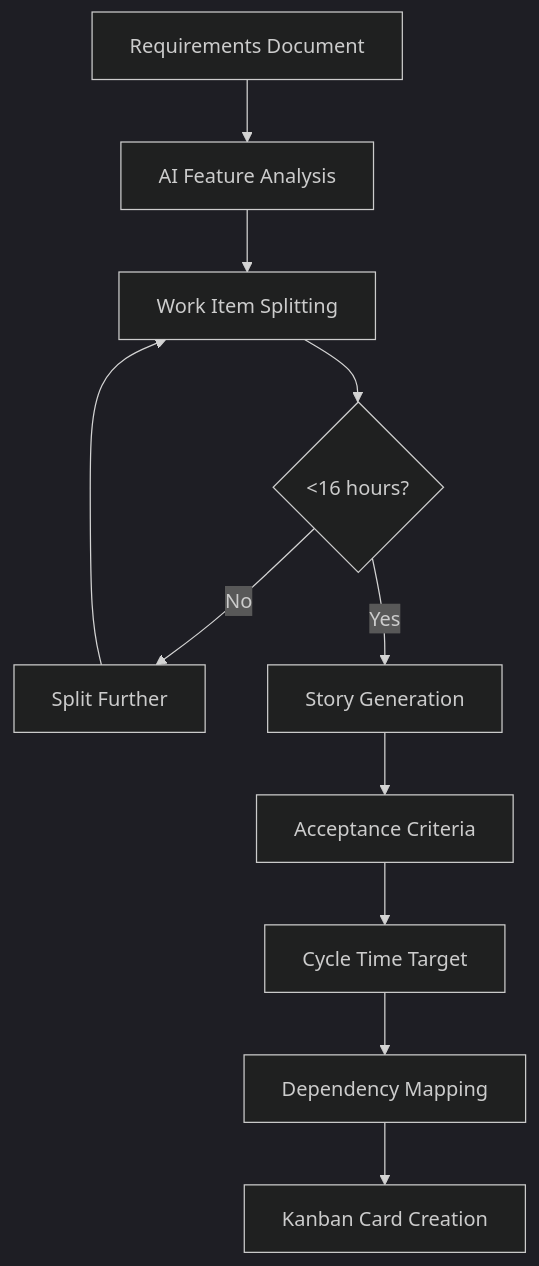
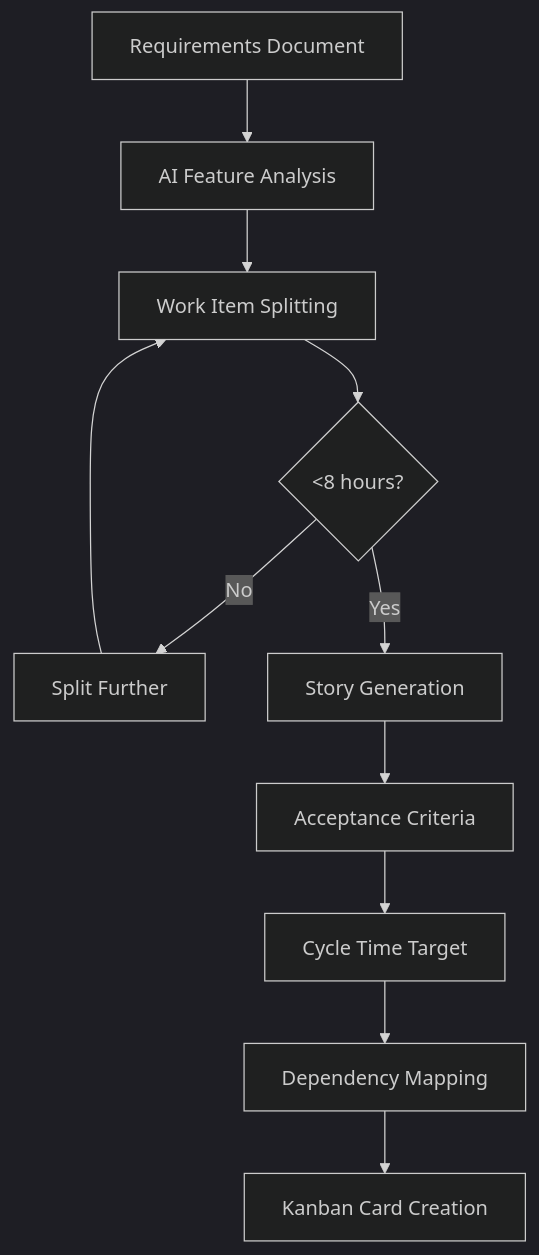
Before and after one commit to PaulDuvall/coding-with-ai-patterns: the fifth of 9 diagrams in README.md, drawn with Mermaid (dark theme). The commit also changed other lines of this file, not shown here.

First line of the commit message:
Update Kanban task sizing from <16 hours to <8 hours

````diff
--- a/README.md
+++ b/README.md
@@ -414,13 +414,13 @@
 ```mermaid
 graph TD
     A[Requirements Document] --> B[AI Feature Analysis]
     B --> C[Work Item Splitting]
-    C --> D{<16 hours?}
+    C --> D{<8 hours?}
     D -->|No| E[Split Further]
     E --> C
     D -->|Yes| F[Story Generation]
     F --> G[Acceptance Criteria]
     G --> H[Cycle Time Target]
     H --> I[Dependency Mapping]
     I --> J[Kanban Card Creation]
 ```
````
